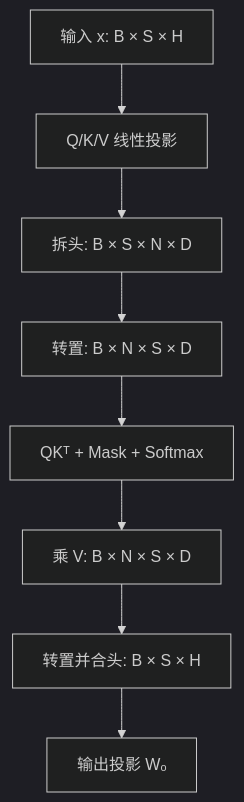
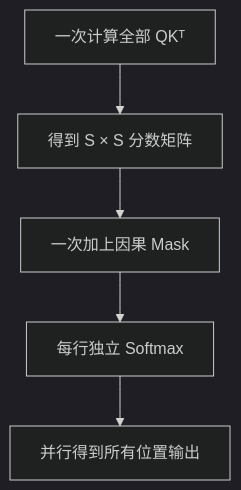
The first of 2 diagrams in docs/01-llm-basics/02-pytorch-transformer-code-guide.md (yywei0323/fa-learning-map), drawn with Mermaid (dark theme) before and after one commit. The commit also changed other lines of this file, not shown here.

````diff
--- a/docs/01-llm-basics/02-pytorch-transformer-code-guide.md
+++ b/docs/01-llm-basics/02-pytorch-transformer-code-guide.md
@@ -452,10 +146,7 @@
-```mermaid
+~~~mermaid
 flowchart TD
-    A["输入 x: B × S × H"] --> B["Q/K/V 线性投影"]
-    B --> C["拆头: B × S × N × D"]
-    C --> D["转置: B × N × S × D"]
-    D --> E["QKᵀ + Mask + Softmax"]
-    E --> F["乘 V: B × N × S × D"]
-    F --> G["转置并合头: B × S × H"]
-    G --> H["输出投影 Wₒ"]
-```
+    A["一次计算全部 QKᵀ"] --> B["得到 S × S 分数矩阵"]
+    B --> C["一次加上因果 Mask"]
+    C --> D["每行独立 Softmax"]
+    D --> E["并行得到所有位置输出"]
+~~~
````
